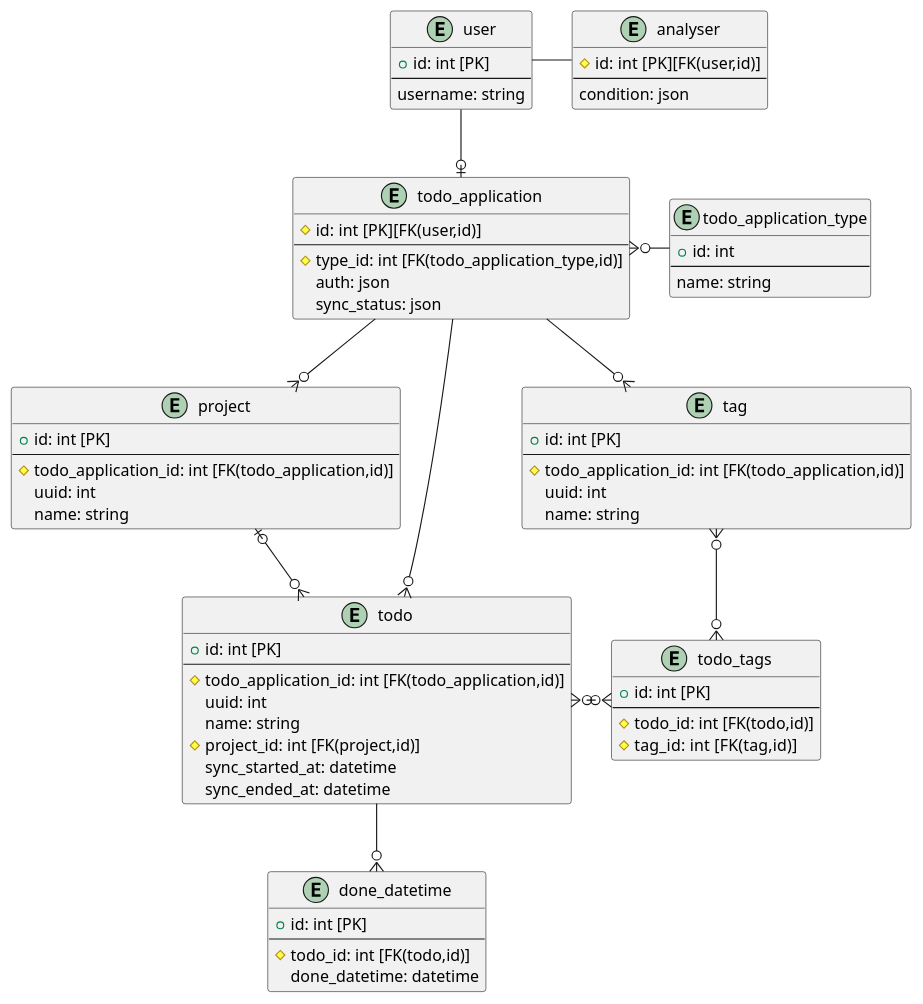
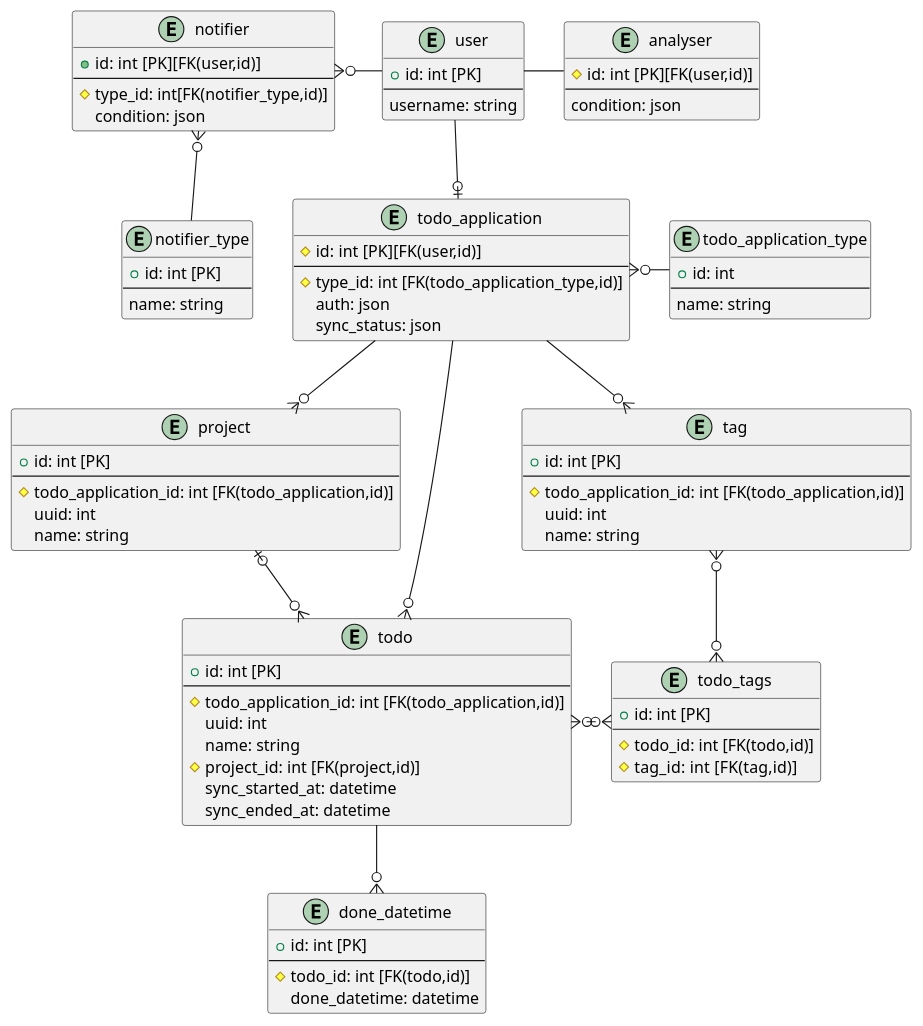
One commit to to-maru/tododog changed the diagram in design/database.puml. Above: the diagram before and after it, drawn with PlantUML. The commit also changed 1 other file, not shown here.

```diff
--- a/design/database.puml
+++ b/design/database.puml
@@ -1,85 +1,100 @@
 @startuml
 'https://plantuml.com/class-diagram
 
 hide empty members
 
 entity user {
 +id: int [PK]
 --
 username: string
 }
 
 entity todo_application {
 # id: int [PK][FK(user,id)]
 --
 # type_id: int [FK(todo_application_type,id)]
 auth: json /'authのDataの持ち方に合わせる'/
 sync_status: json
 }
 
 entity todo_application_type {
 + id: int
 --
 name: string
 }
 
 entity todo {
 +id: int [PK]
 --
 #todo_application_id: int [FK(todo_application,id)]
 uuid: int
 name: string
 #project_id: int [FK(project,id)]
 sync_started_at: datetime
 sync_ended_at: datetime
 }
 
 entity todo_tags {
 +id: int [PK]
 --
 #todo_id: int [FK(todo,id)]
 #tag_id: int  [FK(tag,id)]
 }
 
 entity done_datetime {
 +id: int [PK]
 --
 #todo_id: int [FK(todo,id)]
 done_datetime: datetime
 }
 
 entity project {
 +id: int [PK]
 --
 #todo_application_id: int [FK(todo_application,id)]
 uuid: int
 name: string
 }
 
 entity tag {
 +id: int [PK]
 --
 #todo_application_id: int [FK(todo_application,id)]
 uuid: int
 name: string
 }
 
 entity analyser {
 # id: int [PK][FK(user,id)]
 --
 condition: json
 }
 
+entity notifier {
++ id: int [PK][FK(user,id)]
+--
+# type_id: int[FK(notifier_type,id)]
+condition: json
+}
+
+entity notifier_type {
++ id: int [PK]
+--
+name: string
+}
+
 user --o| todo_application
 user - analyser
+user -left-o{ notifier
+notifier }o-- notifier_type
 
 todo_application }o- todo_application_type
 todo_application ---o{ todo
 todo_application -o{ project
 todo_application --o{ tag
 project |o--o{ todo
 tag }o--o{ todo_tags
 todo }o-o{ todo_tags
 todo --o{ done_datetime
 
 @enduml
```
